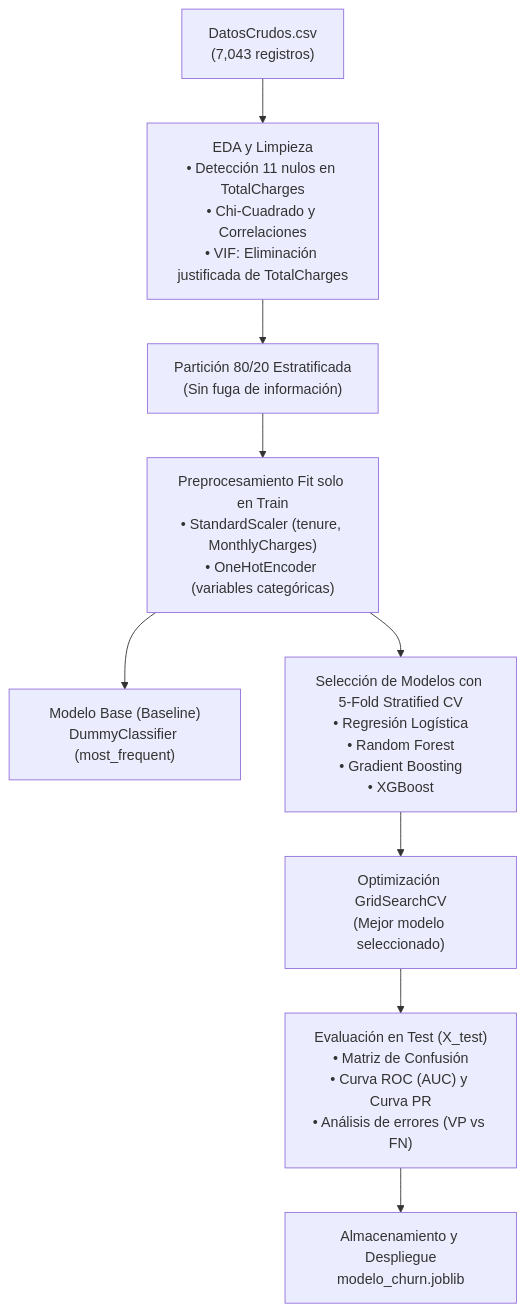
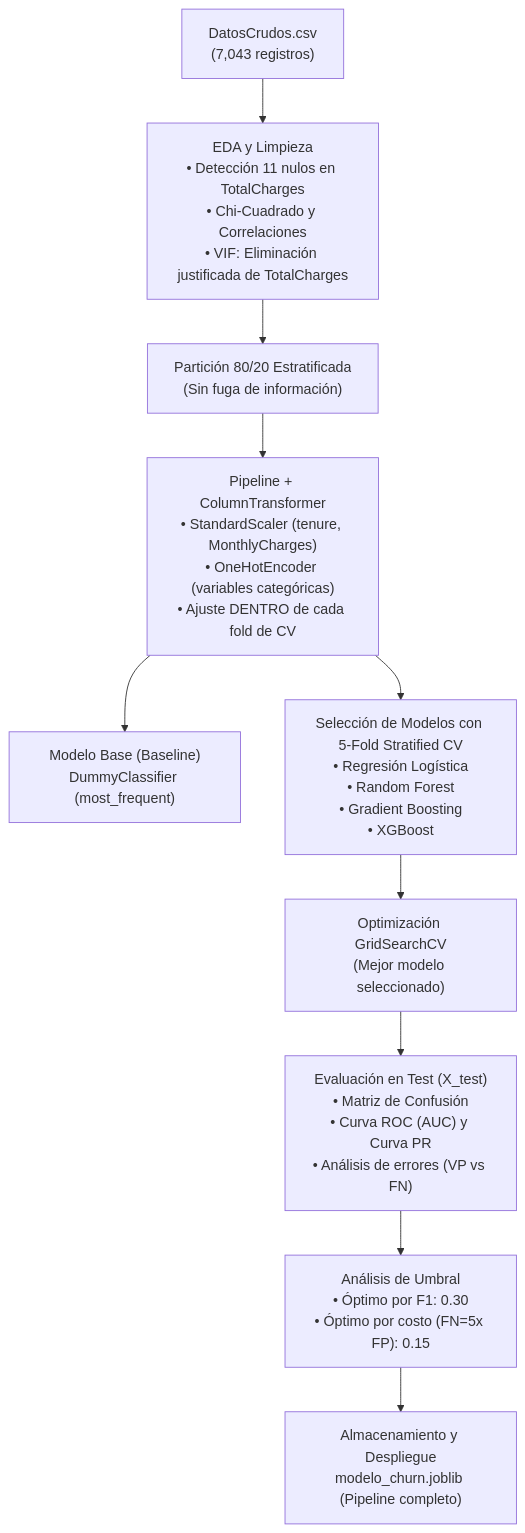
The diagram in fase-1/README.md (CaroGomezO/telco-customer-churn-prediction), drawn with Mermaid before and after one commit. The commit also changed other lines of this file, not shown here.

First line of the commit message:
docs(fase-1): actualizar README con Pipeline, análisis de umbral y versiones

````diff
--- a/fase-1/README.md
+++ b/fase-1/README.md
@@ -145,11 +187,12 @@
 ```mermaid
 graph TD
     A["DatosCrudos.csv<br>(7,043 registros)"] --> B["EDA y Limpieza<br>• Detección 11 nulos en TotalCharges<br>• Chi-Cuadrado y Correlaciones<br>• VIF: Eliminación justificada de TotalCharges"]
     B --> C["Partición 80/20 Estratificada<br>(Sin fuga de información)"]
-    C --> D["Preprocesamiento Fit solo en Train<br>• StandardScaler (tenure, MonthlyCharges)<br>• OneHotEncoder (variables categóricas)"]
+    C --> D["Pipeline + ColumnTransformer<br>• StandardScaler (tenure, MonthlyCharges)<br>• OneHotEncoder (variables categóricas)<br>• Ajuste DENTRO de cada fold de CV"]
     D --> E["Modelo Base (Baseline)<br>DummyClassifier (most_frequent)"]
     D --> F["Selección de Modelos con 5-Fold Stratified CV<br>• Regresión Logística<br>• Random Forest<br>• Gradient Boosting<br>• XGBoost"]
     F --> G["Optimización GridSearchCV<br>(Mejor modelo seleccionado)"]
     G --> H["Evaluación en Test (X_test)<br>• Matriz de Confusión<br>• Curva ROC (AUC) y Curva PR<br>• Análisis de errores (VP vs FN)"]
-    H --> I["Almacenamiento y Despliegue<br>modelo_churn.joblib"]
+    H --> J["Análisis de Umbral<br>• Óptimo por F1: 0.30<br>• Óptimo por costo (FN=5x FP): 0.15"]
+    J --> I["Almacenamiento y Despliegue<br>modelo_churn.joblib (Pipeline completo)"]
 ```
````
